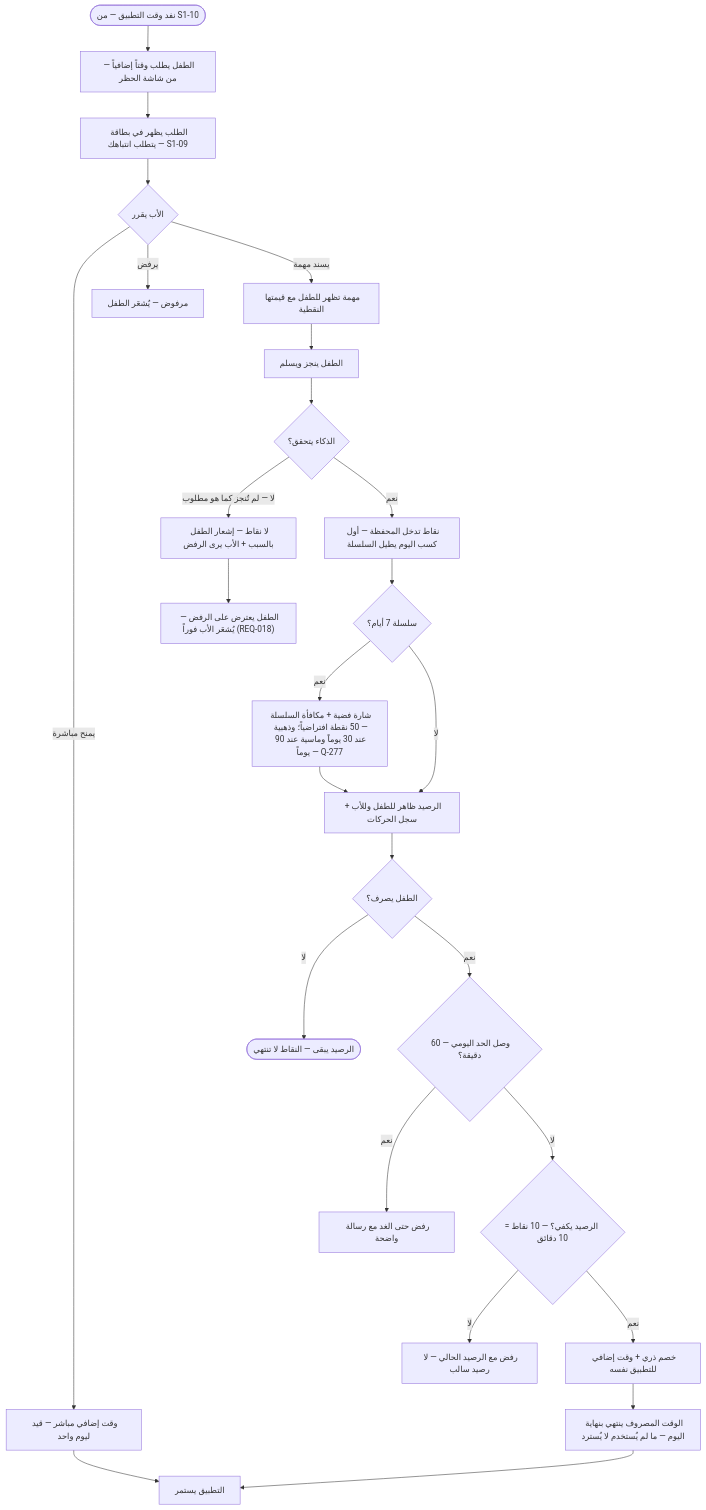
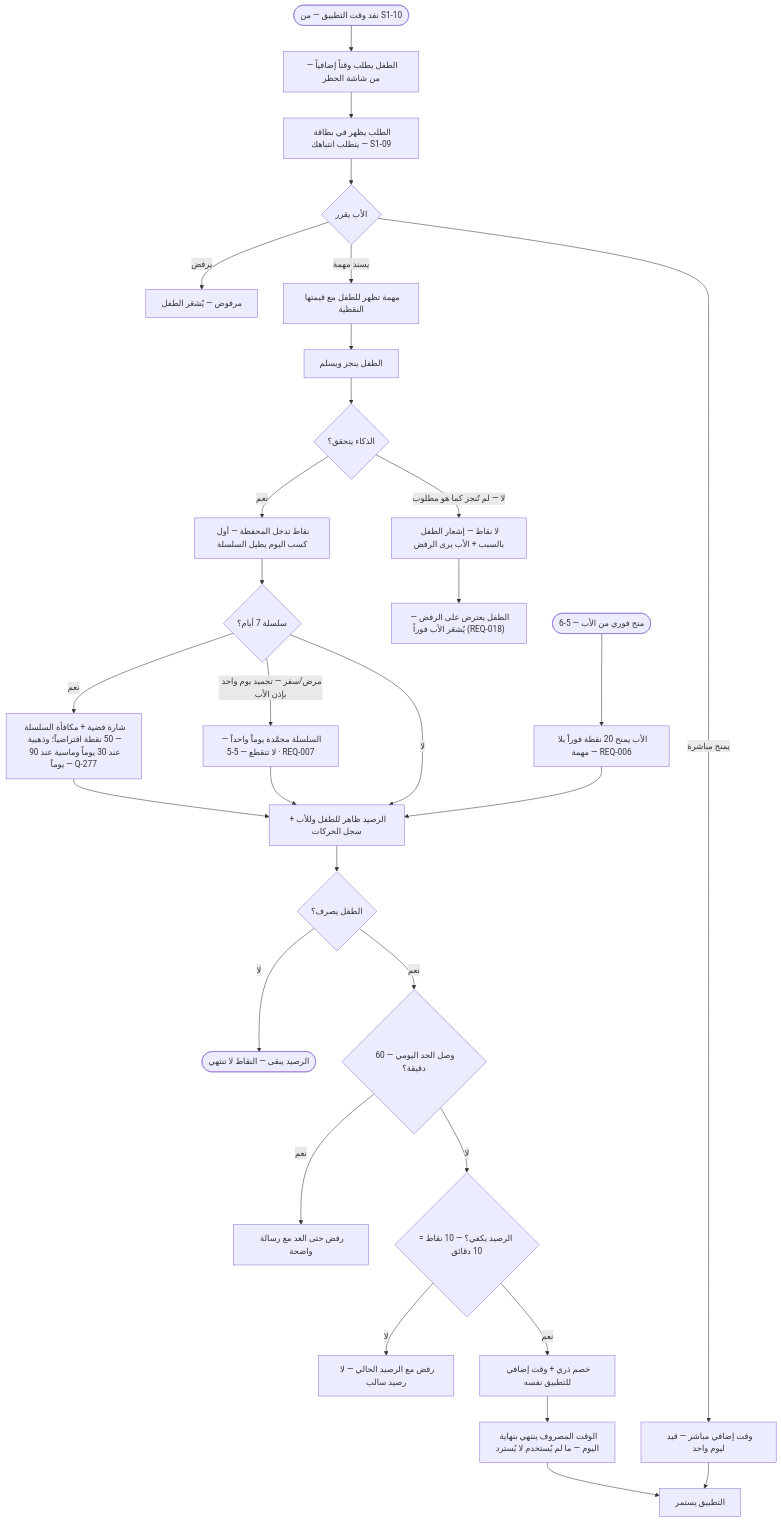
The tenth of 12 diagrams in docs/family-os/governance/phases/phase-1/S1-05-rewards-children/DIAGRAMS.md (Bassam-mohammed-alqaeadi/family-os-v2), drawn with Mermaid before and after one commit. The commit also changed other lines of this file and 8 other files, not shown here.

````diff
--- a/docs/family-os/governance/phases/phase-1/S1-05-rewards-children/DIAGRAMS.md
+++ b/docs/family-os/governance/phases/phase-1/S1-05-rewards-children/DIAGRAMS.md
@@ -427,28 +427,32 @@
 ```mermaid
 flowchart TD
     Start([نفد وقت التطبيق — من S1-10]) --> Req[الطفل يطلب وقتاً إضافياً — من شاشة الحظر]
+    Start6([منح فوري من الأب — 5-6]) --> Grant20[الأب يمنح 20 نقطة فوراً بلا مهمة — REQ-006]
+    Grant20 --> Wallet
     Req --> Card[الطلب يظهر في بطاقة يتطلب انتباهك — S1-09]
     Card --> Father{الأب يقرر}
     Father -->|يمنح مباشرة| Grant[وقت إضافي مباشر — قيد ليوم واحد]
     Grant --> Play[التطبيق يستمر]
     Father -->|يرفض| Reject[مرفوض — يُشعَر الطفل]
     Father -->|يسند مهمة| Task[مهمة تظهر للطفل مع قيمتها النقطية]
     Task --> Do[الطفل ينجز ويسلم]
     Do --> AI{الذكاء يتحقق؟}
     AI -->|لا — لم تُنجز كما هو مطلوب| NoCredit[لا نقاط — إشعار الطفل بالسبب + الأب يرى الرفض]
     NoCredit --> Obj["الطفل يعترض على الرفض — يُشعَر الأب فوراً (REQ-018)"]
     AI -->|نعم| Credit[نقاط تدخل المحفظة — أول كسب اليوم يطيل السلسلة]
     Credit --> Streak{سلسلة 7 أيام؟}
     Streak -->|نعم| Bonus[شارة فضية + مكافأة السلسلة — 50 نقطة افتراضياً؛ وذهبية عند 30 يوماً وماسية عند 90 يوماً — Q-277]
     Streak -->|لا| Wallet[الرصيد ظاهر للطفل وللأب + سجل الحركات]
+    Streak -->|مرض/سفر — تجميد يوم واحد بإذن الأب| Freeze[السلسلة مجمَّدة يوماً واحداً — لا تنقطع — 5-5 · REQ-007]
+    Freeze --> Wallet
     Bonus --> Wallet
     Wallet --> Redeem{الطفل يصرف؟}
     Redeem -->|لا| End([الرصيد يبقى — النقاط لا تنتهي])
     Redeem -->|نعم| Cap{وصل الحد اليومي — 60 دقيقة؟}
     Cap -->|نعم| Block[رفض حتى الغد مع رسالة واضحة]
     Cap -->|لا| Check{الرصيد يكفي؟ — 10 نقاط = 10 دقائق}
     Check -->|لا| NoBal[رفض مع الرصيد الحالي — لا رصيد سالب]
     Check -->|نعم| Spend[خصم ذري + وقت إضافي للتطبيق نفسه]
     Spend --> Expire[الوقت المصروف ينتهي بنهاية اليوم — ما لم يُستخدم لا يُسترد]
     Expire --> Play
 ```
````
